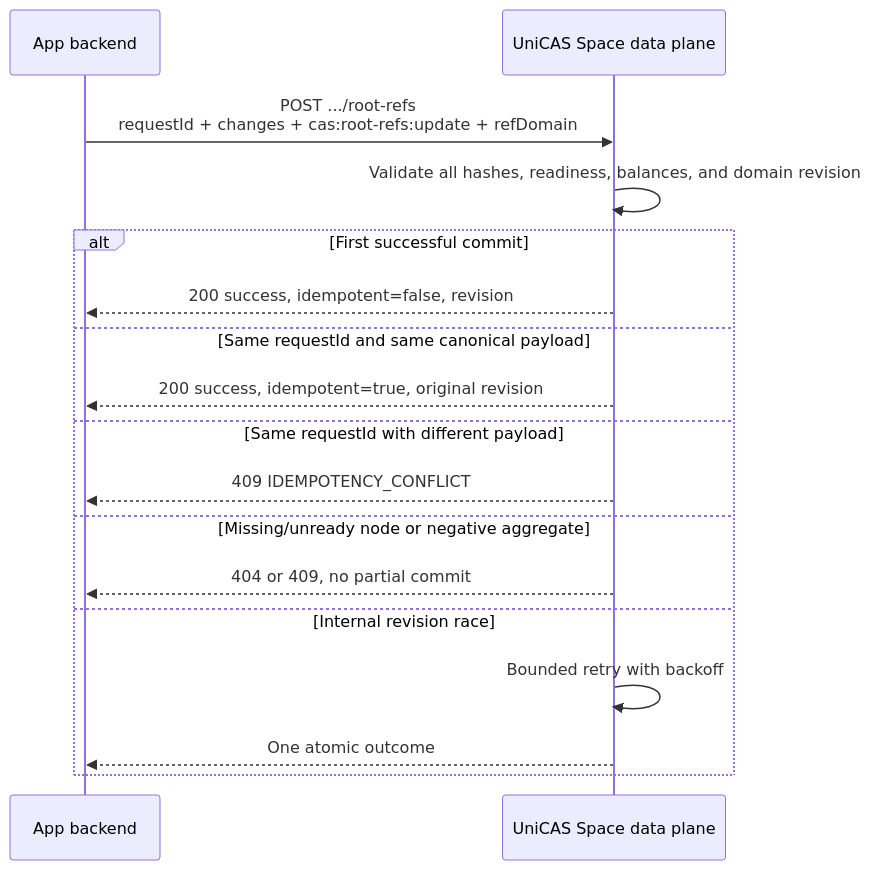
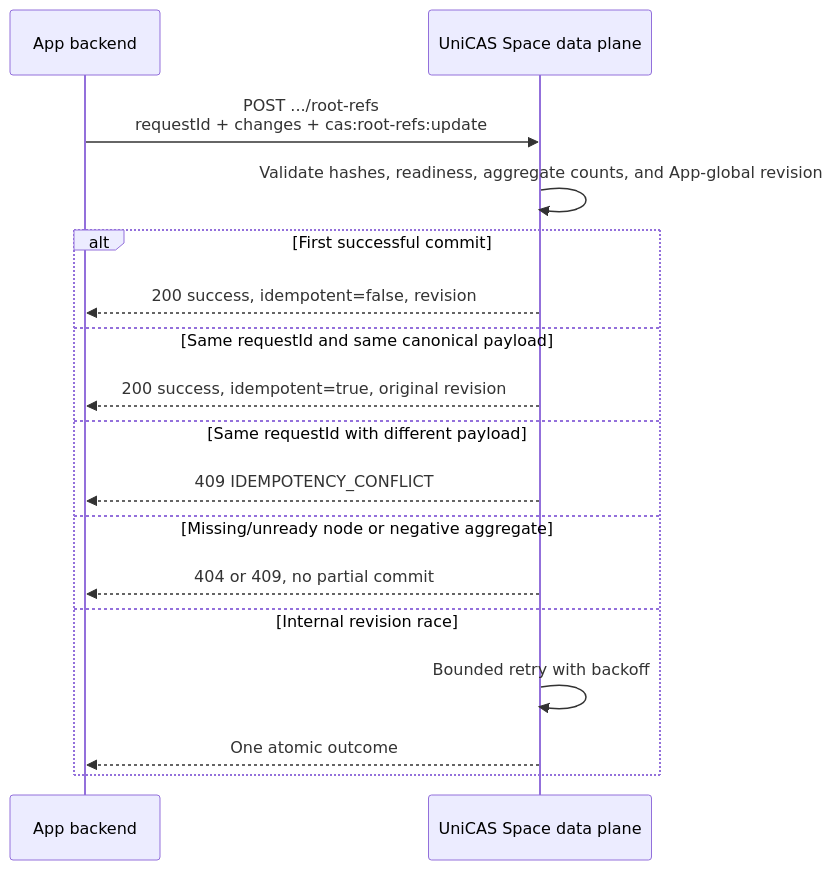
Before and after one commit to shazhou-ww/unicas: the fourth of 5 diagrams in packages/docs-site/content/app-user-api/scenarios.md, drawn with Mermaid. The commit also changed other lines of this file and 117 other files, not shown here.

First line of the commit message:
feat: remove Root Ref domain from protocols and storage

````diff
--- a/packages/docs-site/content/app-user-api/scenarios.md
+++ b/packages/docs-site/content/app-user-api/scenarios.md
@@ -112,20 +112,20 @@
 ```mermaid
 sequenceDiagram
     participant App as App backend
     participant CAS as UniCAS Space data plane
 
-    App->>CAS: POST .../root-refs<br/>requestId + changes + cas:root-refs:update + refDomain
-    CAS->>CAS: Validate all hashes, readiness, balances, and domain revision
+    App->>CAS: POST .../root-refs<br/>requestId + changes + cas:root-refs:update
+    CAS->>CAS: Validate hashes, readiness, aggregate counts, and App-global revision
     alt First successful commit
         CAS-->>App: 200 success, idempotent=false, revision
     else Same requestId and same canonical payload
         CAS-->>App: 200 success, idempotent=true, original revision
     else Same requestId with different payload
         CAS-->>App: 409 IDEMPOTENCY_CONFLICT
     else Missing/unready node or negative aggregate
         CAS-->>App: 404 or 409, no partial commit
     else Internal revision race
         CAS->>CAS: Bounded retry with backoff
         CAS-->>App: One atomic outcome
     end
 ```
````
